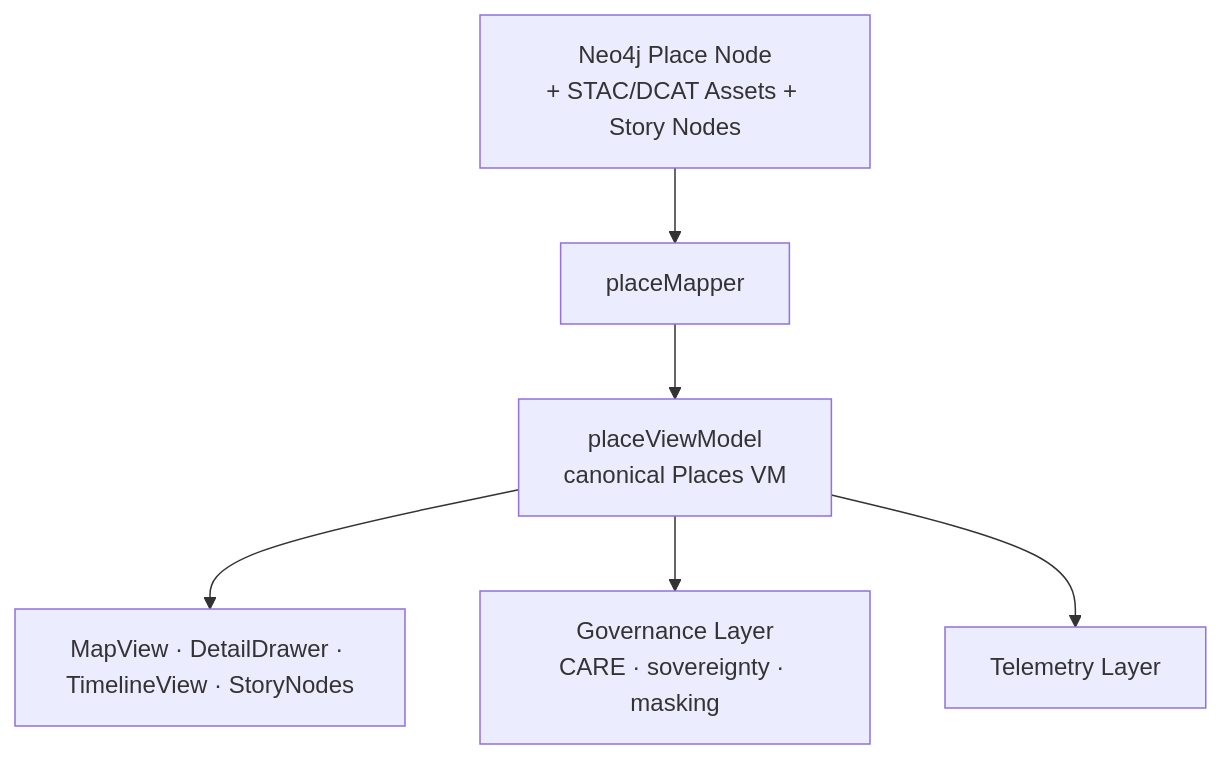
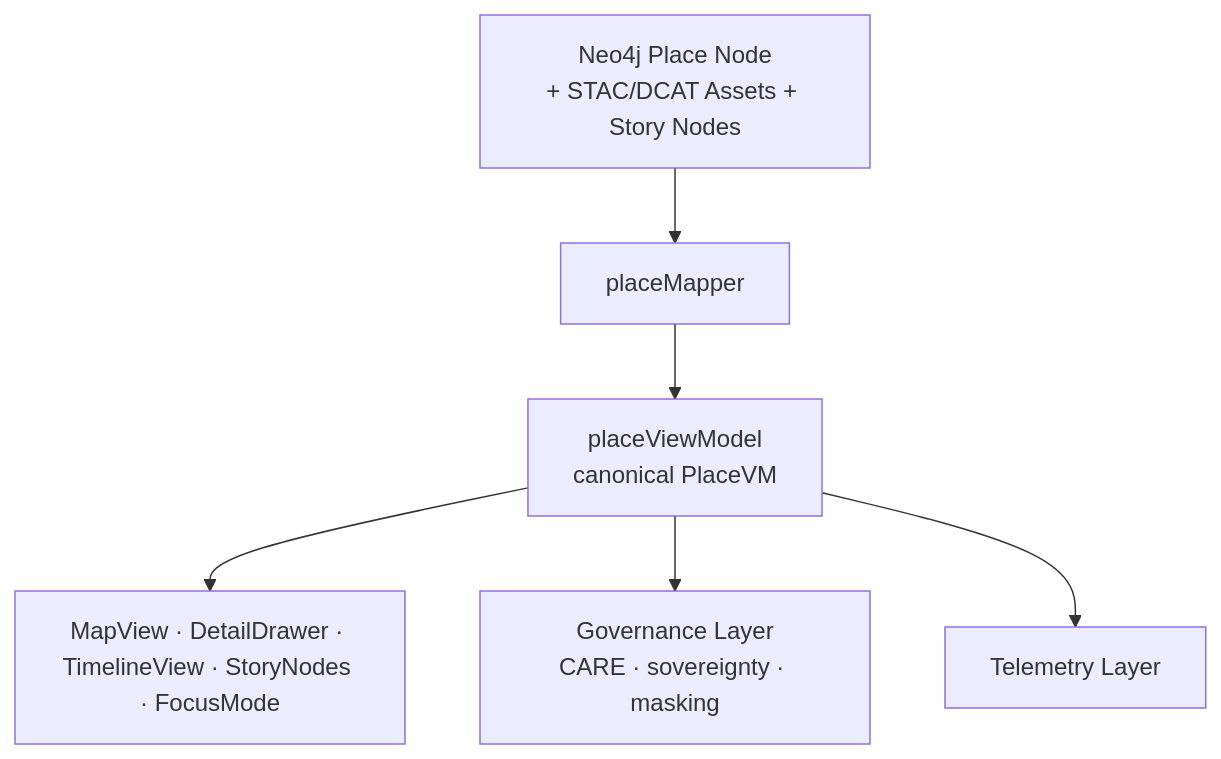
Before and after one commit to bartytime4life/Kansas-Frontier-Matrix: the first of 4 diagrams in web/src/entities/places/README.md, drawn with Mermaid. The commit also changed other lines of this file, not shown here.

````diff
--- a/web/src/entities/places/README.md
+++ b/web/src/entities/places/README.md
@@ -69,8 +144,8 @@
-```mermaid
+~~~mermaid
 flowchart TD
     RAW[Neo4j Place Node<br/>+ STAC/DCAT Assets + Story Nodes] --> MAP[placeMapper]
-    MAP --> VM[placeViewModel<br/>canonical Places VM]
-    VM --> UI[MapView · DetailDrawer · TimelineView · StoryNodes]
+    MAP --> VM[placeViewModel<br/>canonical PlaceVM]
+    VM --> UI[MapView · DetailDrawer · TimelineView · StoryNodes · FocusMode]
     VM --> GOV[Governance Layer<br/>CARE · sovereignty · masking]
     VM --> TEL[Telemetry Layer]
-```
+~~~
````
